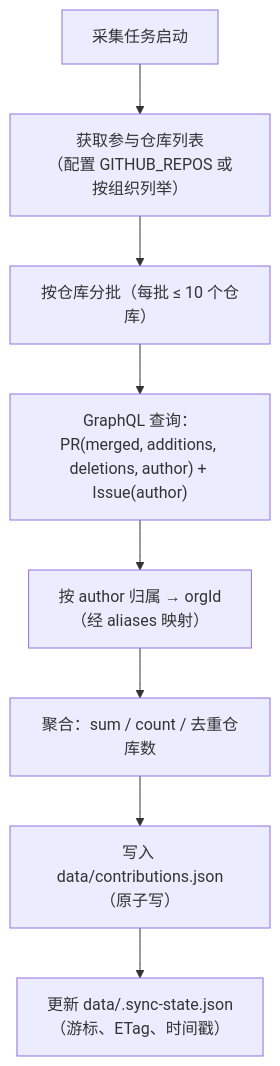
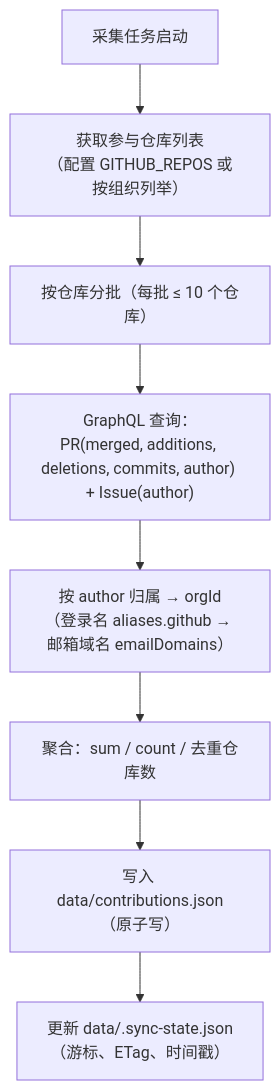
Before and after one commit to XunliYang/openan-operation-insights: the second of 4 diagrams in docs/05-integration-roadmap.md, drawn with Mermaid. The commit also changed other lines of this file and 152 other files, not shown here.

````diff
--- a/docs/05-integration-roadmap.md
+++ b/docs/05-integration-roadmap.md
@@ -72,10 +83,10 @@
 ```mermaid
 flowchart TB
   Q["采集任务启动"] --> LIST["获取参与仓库列表<br/>（配置 GITHUB_REPOS 或按组织列举）"]
   LIST --> BATCH["按仓库分批（每批 ≤ 10 个仓库）"]
-  BATCH --> GQL["GraphQL 查询：<br/>PR(merged, additions, deletions, author) + Issue(author)"]
-  GQL --> MAP["按 author 归属 → orgId<br/>（经 aliases 映射）"]
+  BATCH --> GQL["GraphQL 查询：<br/>PR(merged, additions, deletions, commits, author) + Issue(author)"]
+  GQL --> MAP["按 author 归属 → orgId<br/>（登录名 aliases.github → 邮箱域名 emailDomains）"]
   MAP --> AGG["聚合：sum / count / 去重仓库数"]
   AGG --> PERSIST["写入 data/contributions.json<br/>（原子写）"]
   PERSIST --> STATE["更新 data/.sync-state.json<br/>（游标、ETag、时间戳）"]
 ```
````
